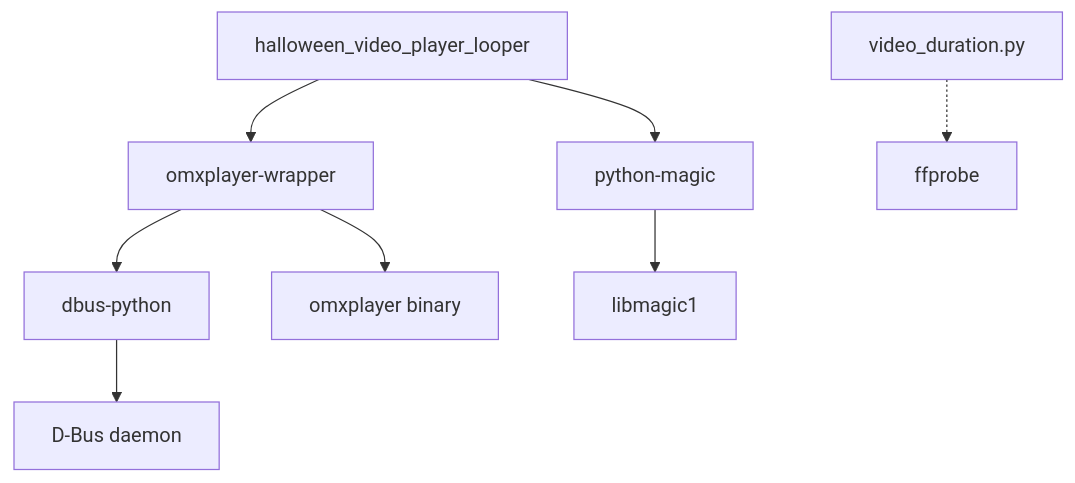
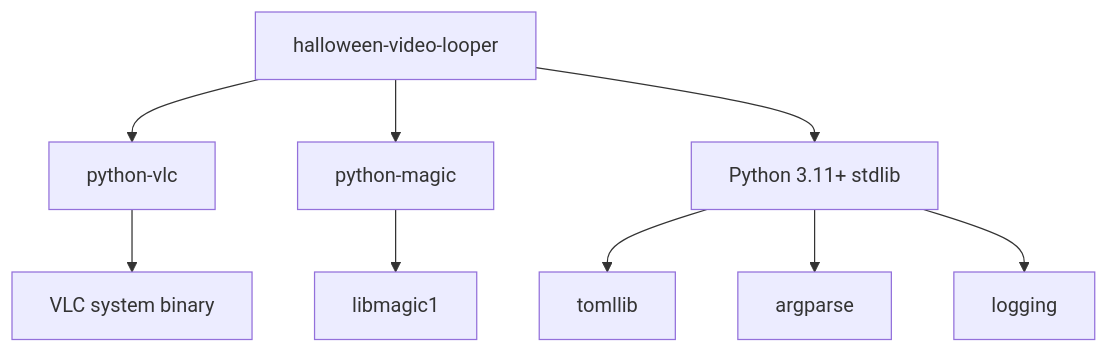
One commit to frankenwino/halloween_video_player_looper changed the diagram in .agents/summary/dependencies.md. Above: the diagram before and after it, drawn with Mermaid. The commit also changed other lines of this file and 9 other files, not shown here.

````diff
--- a/.agents/summary/dependencies.md
+++ b/.agents/summary/dependencies.md
@@ -35,11 +33,12 @@
 ```mermaid
 graph TD
-    APP[halloween_video_player_looper] --> OW[omxplayer-wrapper]
+    APP[halloween-video-looper] --> PV[python-vlc]
     APP --> PM[python-magic]
-    OW --> DP[dbus-python]
-    OW --> OMX[omxplayer binary]
+    APP --> STD[Python 3.11+ stdlib]
+
+    PV --> VLC[VLC system binary]
     PM --> LM[libmagic1]
-    DP --> DBUS[D-Bus daemon]
-
-    VDU[video_duration.py] -.-> FFP[ffprobe]
+    STD --> TL[tomllib]
+    STD --> AP[argparse]
+    STD --> LG[logging]
 ```
````
